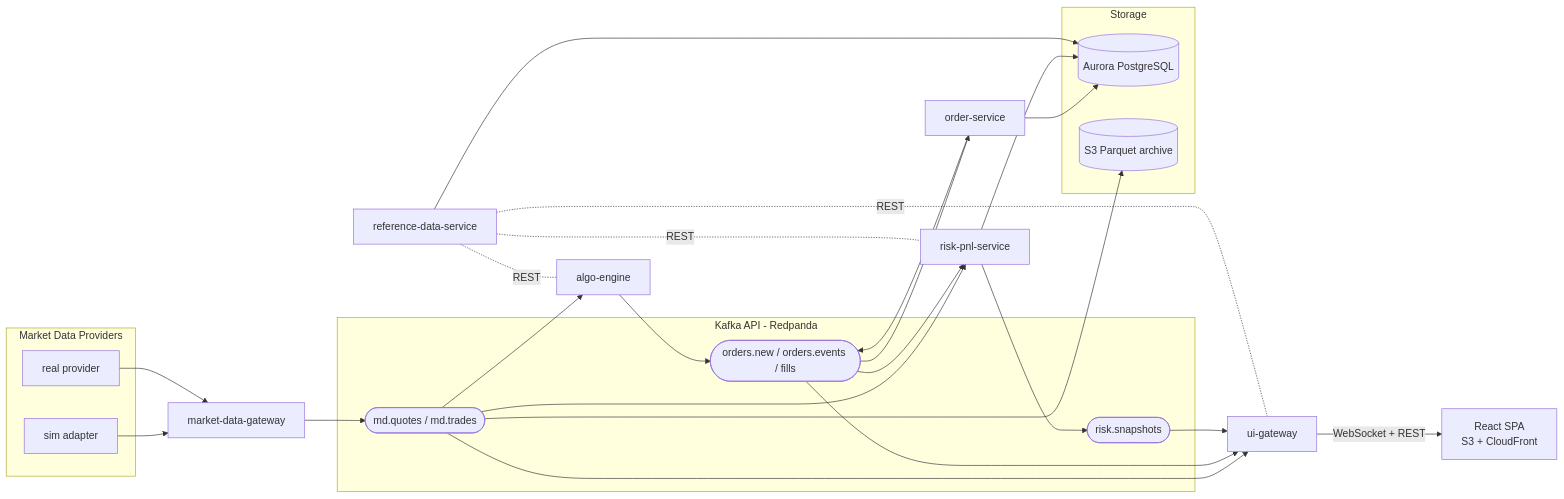
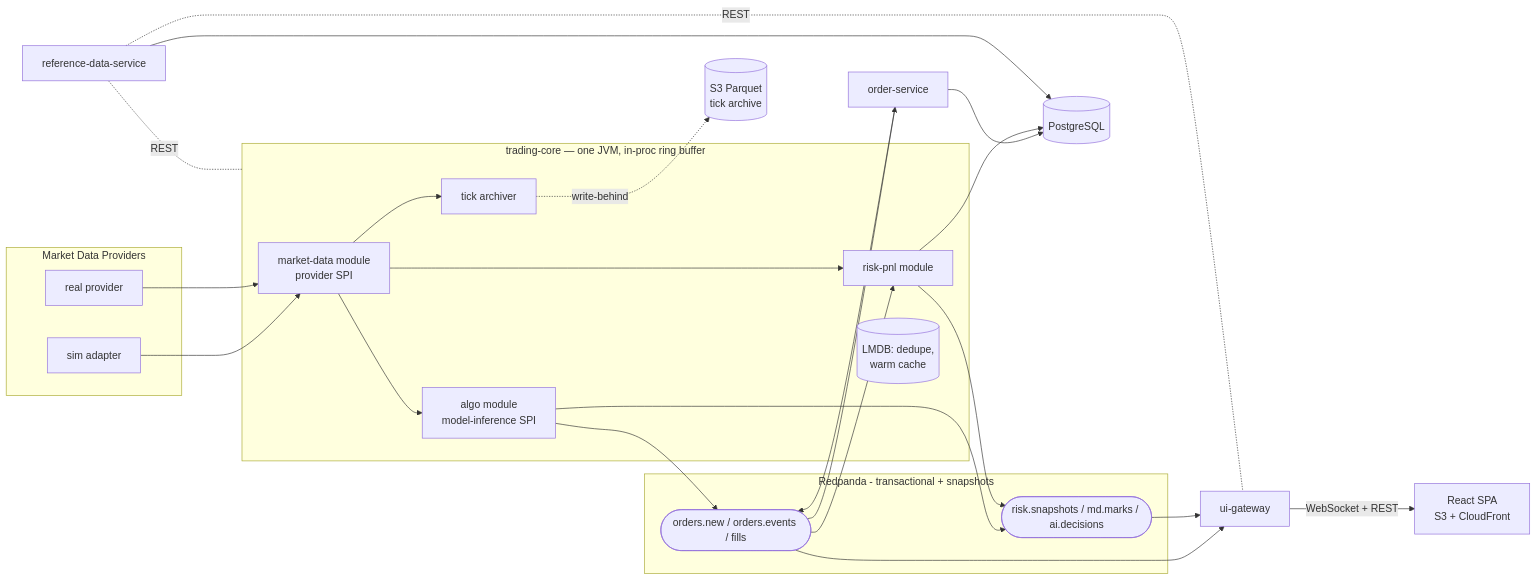
The diagram in docs/architecture/overview.md (teoleg/jethro), drawn with Mermaid before and after one commit. The commit also changed other lines of this file and 4 other files, not shown here.

First line of the commit message:
Add ADR-0014: fuse market path into trading-core, in-process ticks

````diff
--- a/docs/architecture/overview.md
+++ b/docs/architecture/overview.md
@@ -13,45 +17,49 @@
 ```mermaid
 flowchart LR
     subgraph ext[Market Data Providers]
         P1[sim adapter]
         P2[real provider]
     end
 
-    subgraph backbone[Kafka API - Redpanda]
-        T1([md.quotes / md.trades])
-        T2([orders.new / orders.events / fills])
-        T3([risk.snapshots])
+    subgraph core[trading-core — one JVM, in-proc ring buffer]
+        MDG[market-data module<br/>provider SPI]
+        ALGO[algo module<br/>model-inference SPI]
+        RISK[risk-pnl module]
+        ARCH[tick archiver]
+        LMDB[(LMDB: dedupe,<br/>warm cache)]
     end
 
-    MDG[market-data-gateway] --> T1
     P1 --> MDG
     P2 --> MDG
+    MDG --> ALGO
+    MDG --> RISK
+    MDG --> ARCH
 
-    T1 --> ALGO[algo-engine]
+    S3[(S3 Parquet<br/>tick archive)]
+    ARCH -. write-behind .-> S3
+
+    subgraph log[Redpanda - transactional + snapshots]
+        T2([orders.new / orders.events / fills])
+        T3([risk.snapshots / md.marks / ai.decisions])
+    end
+
     ALGO --> T2
     T2 --> ORD[order-service]
     ORD --> T2
-
-    T1 --> RISK[risk-pnl-service]
     T2 --> RISK
+    ALGO --> T3
     RISK --> T3
 
-    REF[reference-data-service] -.REST.- ALGO
-    REF -.REST.- RISK
+    REF[reference-data-service] -.REST.- core
 
-    T1 --> UIG[ui-gateway]
-    T2 --> UIG
+    T2 --> UIG[ui-gateway]
     T3 --> UIG
     REF -.REST.- UIG
 
-    subgraph store[Storage]
-        PG[(Aurora PostgreSQL)]
-        S3[(S3 Parquet archive)]
-    end
+    PG[(PostgreSQL)]
     ORD --> PG
     RISK --> PG
     REF --> PG
-    T1 --> S3
 
     UIG -- WebSocket + REST --> SPA[React SPA<br/>S3 + CloudFront]
 ```
````
